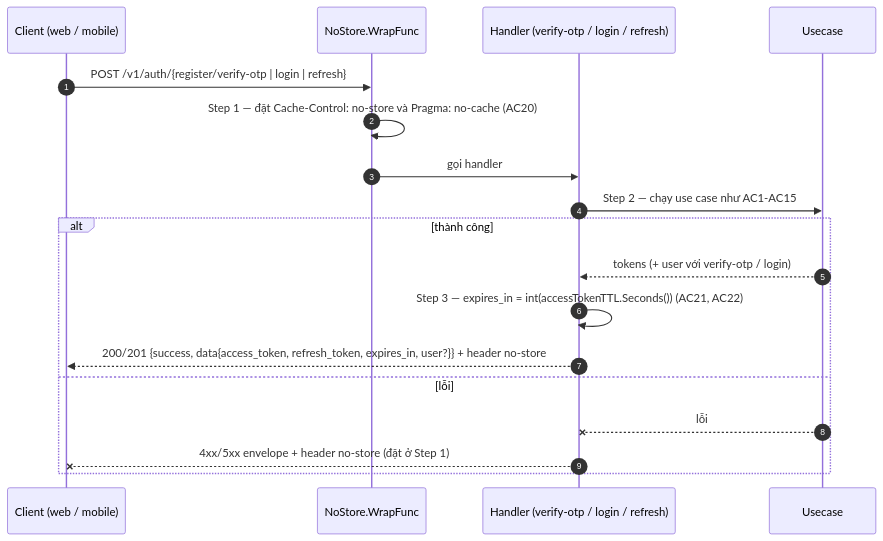
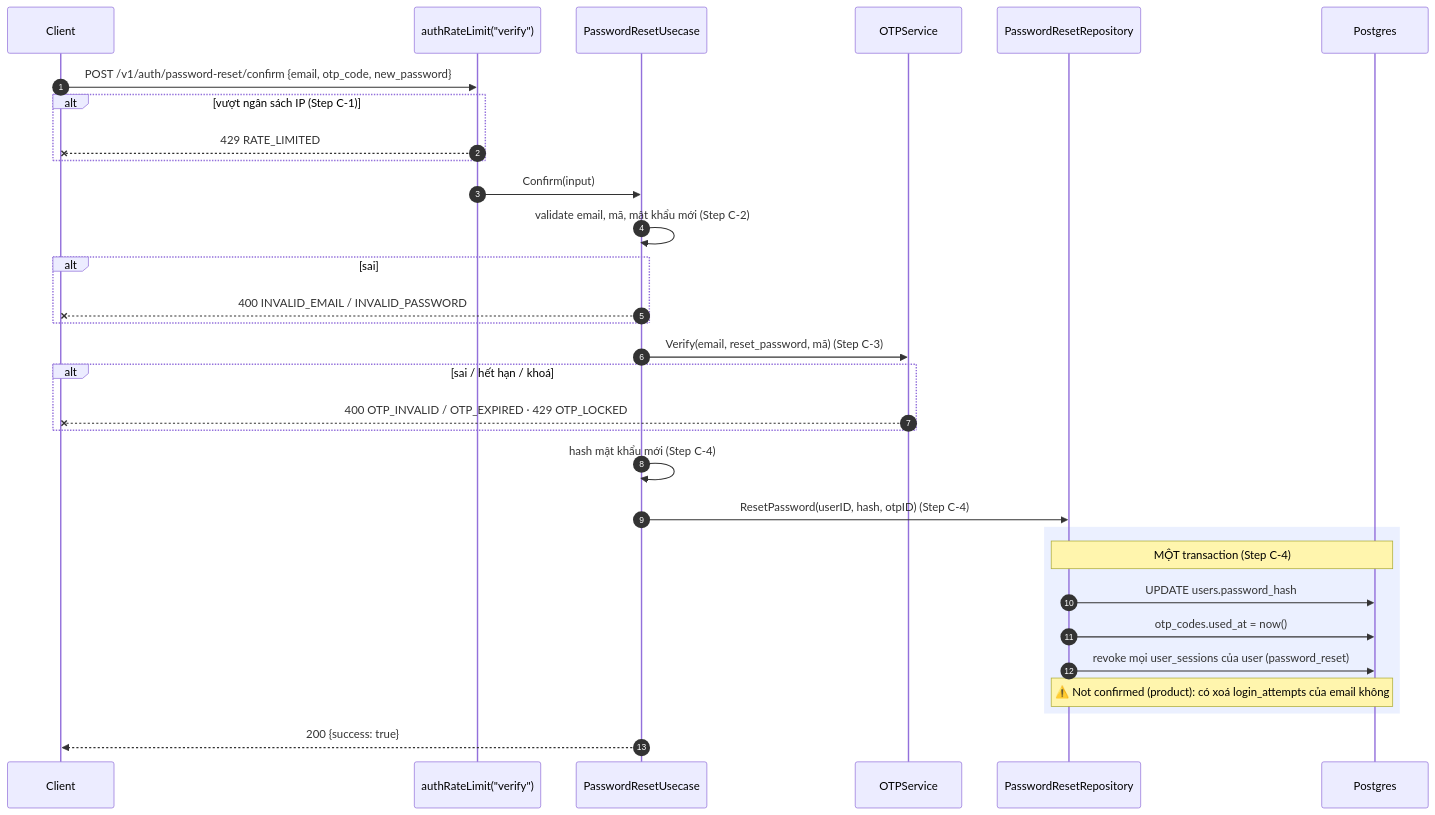
Before and after one commit to chjpcojit/innerlamp-be: the fourth of 4 diagrams in docs/specs/features/login/flow.md, drawn with Mermaid. The commit also changed other lines of this file and 17 other files, not shown here.

First line of the commit message:
docs(specs): BE specs for email-verified auth (onboarding v8.0, login v2.0, otp-mechanism v2.0)

````diff
--- a/docs/specs/features/login/flow.md
+++ b/docs/specs/features/login/flow.md
@@ -271,21 +117,34 @@
 ```mermaid
 sequenceDiagram
     autonumber
-    participant C as Client (web / mobile)
-    participant N as NoStore.WrapFunc
-    participant H as Handler (verify-otp / login / refresh)
-    participant U as Usecase
+    participant C as Client
+    participant L as authRateLimit("verify")
+    participant U as PasswordResetUsecase
+    participant O as OTPService
+    participant R as PasswordResetRepository
+    participant DB as Postgres
 
-    C->>N: POST /v1/auth/{register/verify-otp | login | refresh}
-    N->>N: Step 1 — đặt Cache-Control: no-store và Pragma: no-cache (AC20)
-    N->>H: gọi handler
-    H->>U: Step 2 — chạy use case như AC1-AC15
-    alt thành công
-        U-->>H: tokens (+ user với verify-otp / login)
-        H->>H: Step 3 — expires_in = int(accessTokenTTL.Seconds()) (AC21, AC22)
-        H-->>C: 200/201 {success, data{access_token, refresh_token, expires_in, user?}} + header no-store
-    else lỗi
-        U--xH: lỗi
-        H--xC: 4xx/5xx envelope + header no-store (đặt ở Step 1)
+    C->>L: POST /v1/auth/password-reset/confirm {email, otp_code, new_password}
+    alt vượt ngân sách IP (Step C-1)
+        L--xC: 429 RATE_LIMITED
     end
+    L->>U: Confirm(input)
+    U->>U: validate email, mã, mật khẩu mới (Step C-2)
+    alt sai
+        U--xC: 400 INVALID_EMAIL / INVALID_PASSWORD
+    end
+    U->>O: Verify(email, reset_password, mã) (Step C-3)
+    alt sai / hết hạn / khoá
+        O--xC: 400 OTP_INVALID / OTP_EXPIRED · 429 OTP_LOCKED
+    end
+    U->>U: hash mật khẩu mới (Step C-4)
+    U->>R: ResetPassword(userID, hash, otpID) (Step C-4)
+    rect rgb(235, 240, 255)
+        Note over R,DB: MỘT transaction (Step C-4)
+        R->>DB: UPDATE users.password_hash
+        R->>DB: otp_codes.used_at = now()
+        R->>DB: revoke mọi user_sessions của user (password_reset)
+        Note over R,DB: ⚠️ Not confirmed (product): có xoá login_attempts của email không
+    end
+    U-->>C: 200 {success: true}
 ```
````
